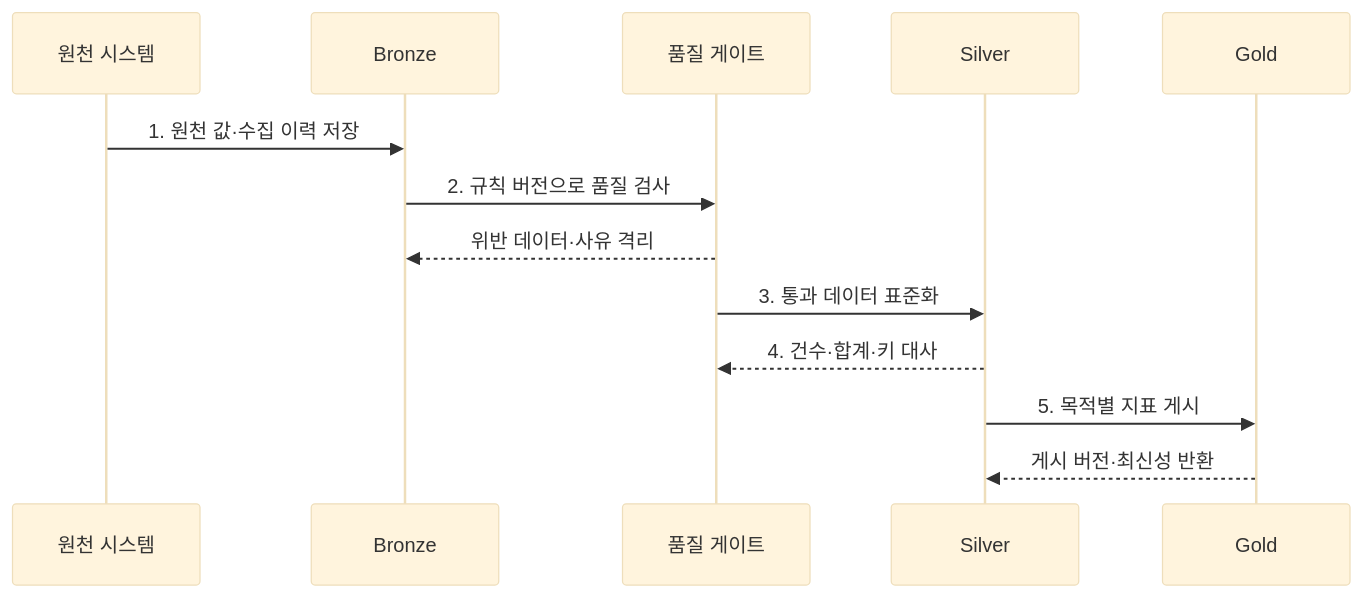
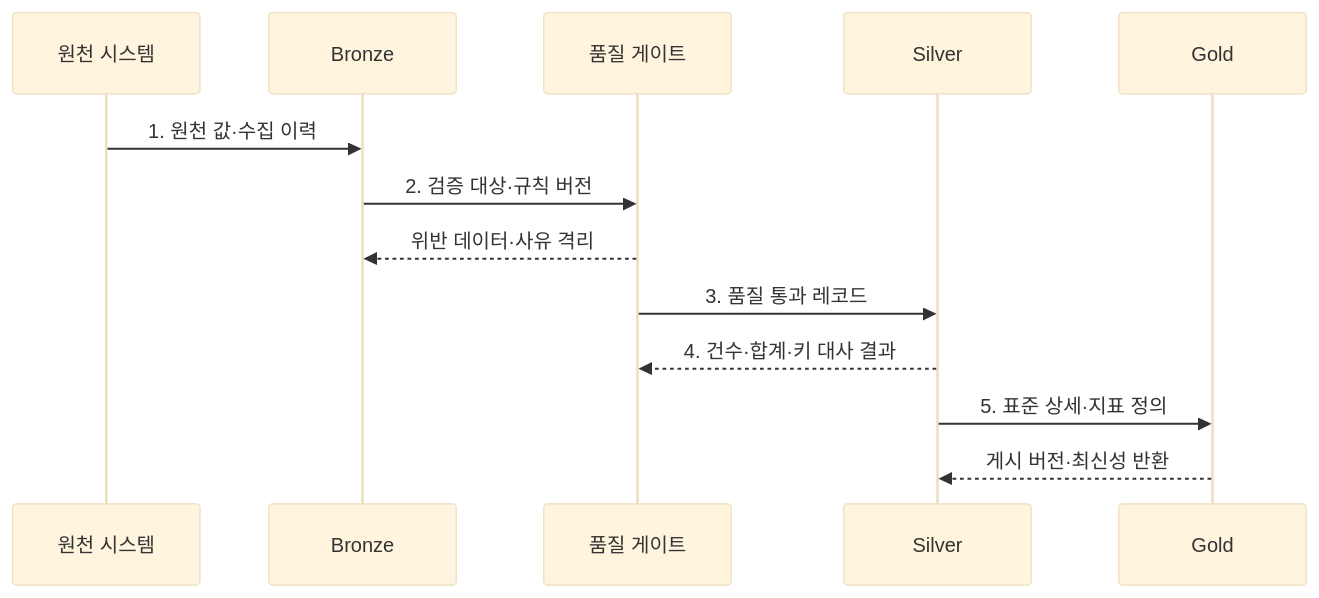
One commit to agnusdei1207/knowledge-base changed the second of 2 diagrams in src/content/docs/notes/03-software/130_medallion_architecture.md. Above: the diagram before and after it, drawn with Mermaid (base theme). The commit also changed other lines of this file and 20 other files, not shown here.

````diff
--- a/src/content/docs/notes/03-software/130_medallion_architecture.md
+++ b/src/content/docs/notes/03-software/130_medallion_architecture.md
@@ -81,15 +90,15 @@
 ```mermaid
 sequenceDiagram
     participant S as 원천 시스템
     participant B as Bronze
     participant Q as 품질 게이트
     participant V as Silver
     participant G as Gold
-    S->>B: 1. 원천 값·수집 이력 저장
-    B->>Q: 2. 규칙 버전으로 품질 검사
+    S->>B: 1. 원천 값·수집 이력
+    B->>Q: 2. 검증 대상·규칙 버전
     Q-->>B: 위반 데이터·사유 격리
-    Q->>V: 3. 통과 데이터 표준화
-    V-->>Q: 4. 건수·합계·키 대사
-    V->>G: 5. 목적별 지표 게시
+    Q->>V: 3. 품질 통과 레코드
+    V-->>Q: 4. 건수·합계·키 대사 결과
+    V->>G: 5. 표준 상세·지표 정의
     G-->>V: 게시 버전·최신성 반환
 ```
````
